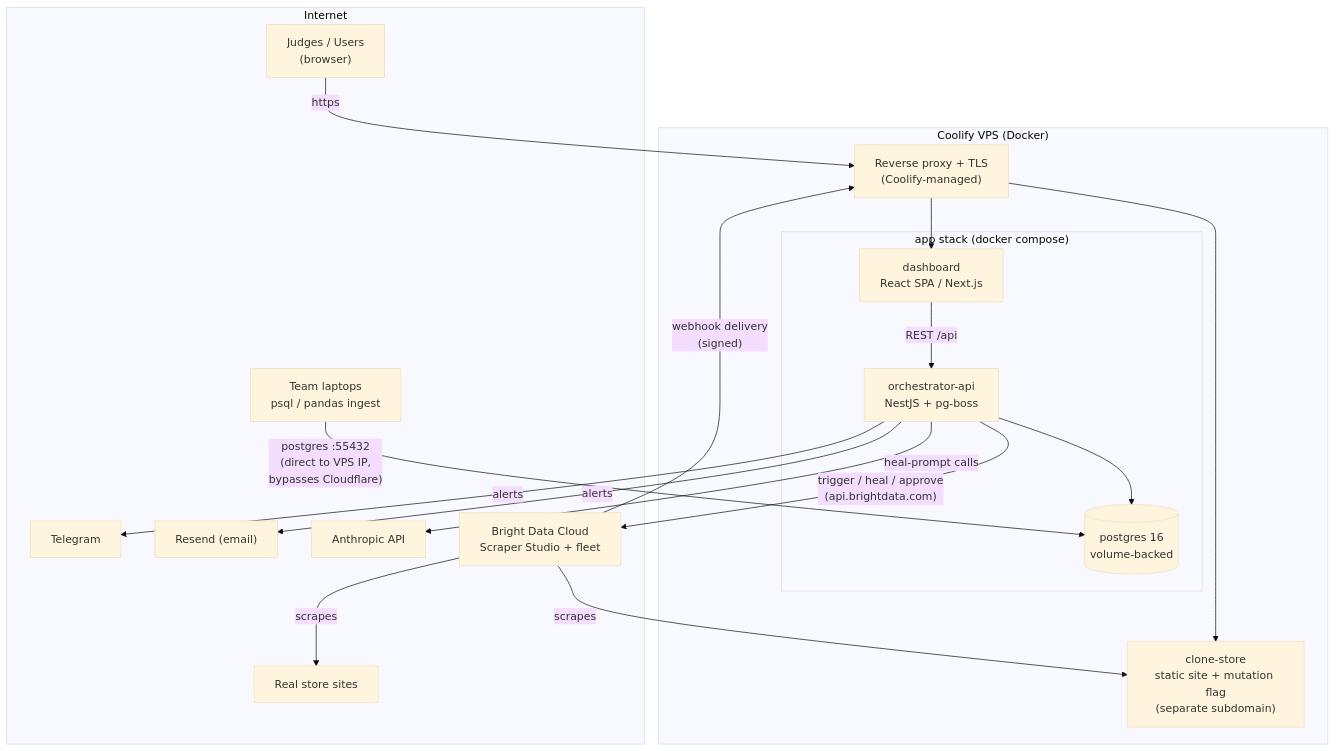
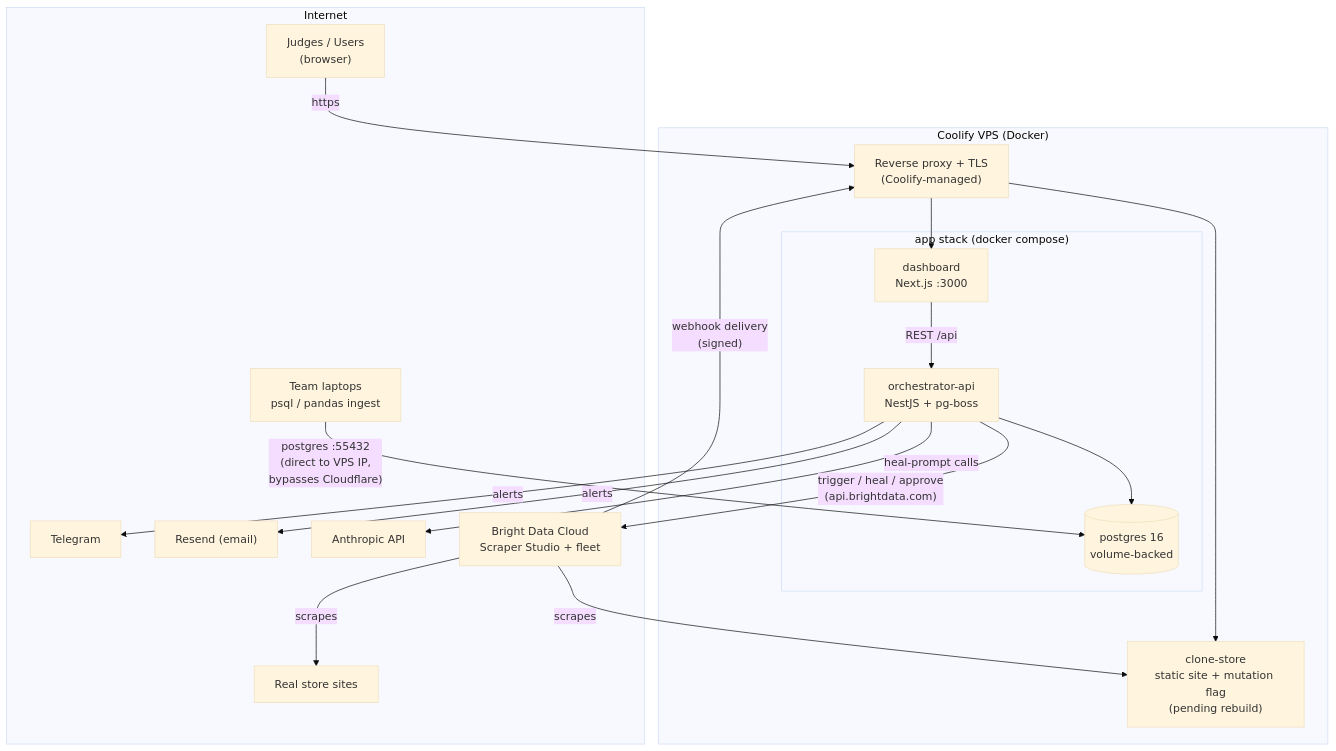
Before and after one commit to spencerjireh/basketwatch: the diagram in docs/diagrams/deployment.mmd, drawn with Mermaid (base theme). The commit also changed 56 other files, not shown here.

```diff
--- a/docs/diagrams/deployment.mmd
+++ b/docs/diagrams/deployment.mmd
@@ -1,34 +1,34 @@
 flowchart TB
     subgraph INET["Internet"]
         JUDGE["Judges / Users<br/>(browser)"]
         TG["Telegram"]
         RESEND["Resend (email)"]
         ANTHROPIC["Anthropic API"]
         BDCLOUD["Bright Data Cloud<br/>Scraper Studio + fleet"]
         STORES["Real store sites"]
         TEAM["Team laptops<br/>psql / pandas ingest"]
     end
 
     subgraph COOLIFY["Coolify VPS (Docker)"]
         PROXY["Reverse proxy + TLS<br/>(Coolify-managed)"]
         subgraph APP["app stack (docker compose)"]
-            WEB["dashboard<br/>React SPA / Next.js"]
+            WEB["dashboard<br/>Next.js :3000"]
             APIC["orchestrator-api<br/>NestJS + pg-boss"]
             PG[("postgres 16<br/>volume-backed")]
         end
-        CLONE["clone-store<br/>static site + mutation flag<br/>(separate subdomain)"]
+        CLONE["clone-store<br/>static site + mutation flag<br/>(pending rebuild)"]
     end
 
     JUDGE -->|https| PROXY
     PROXY --> WEB
     PROXY --> CLONE
     WEB -->|REST /api| APIC
     APIC --> PG
     APIC -->|"trigger / heal / approve<br/>(api.brightdata.com)"| BDCLOUD
     BDCLOUD -->|"webhook delivery<br/>(signed)"| PROXY
     BDCLOUD -->|scrapes| STORES
     BDCLOUD -->|scrapes| CLONE
     APIC -->|heal-prompt calls| ANTHROPIC
     APIC -->|alerts| RESEND
     APIC -->|alerts| TG
     TEAM -->|"postgres :55432<br/>(direct to VPS IP,<br/>bypasses Cloudflare)"| PG
```
